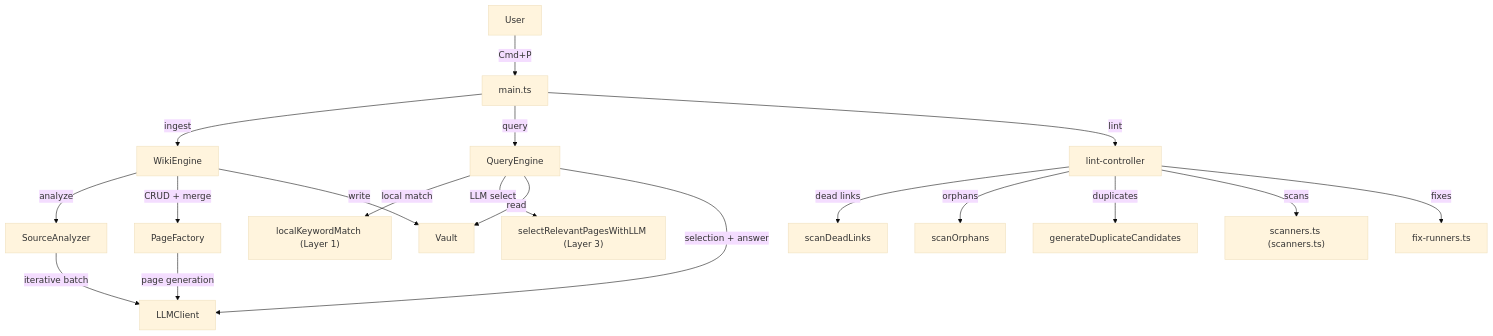
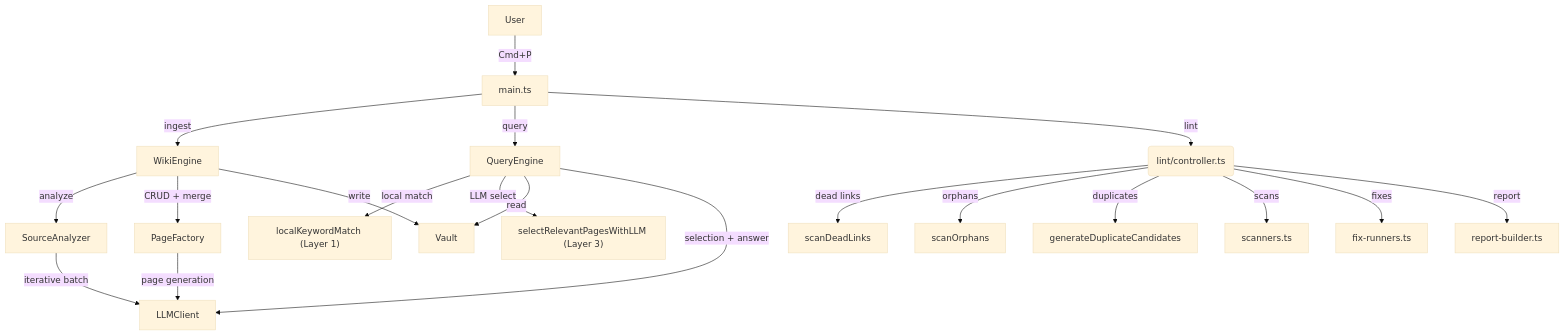
The diagram in CONTRIBUTING.md (artemn0va/obsidian-llm-wiki), drawn with Mermaid (base theme) before and after one commit. The commit also changed other lines of this file and 14 other files, not shown here.

````diff
--- a/CONTRIBUTING.md
+++ b/CONTRIBUTING.md
@@ -118,25 +127,26 @@
 ```mermaid
 graph TD
     User -->|Cmd+P| main.ts
     main.ts -->|ingest| WikiEngine
     main.ts -->|query| QueryEngine
-    main.ts -->|lint| lint-controller
+    main.ts -->|lint| lint("lint/controller.ts")
 
     WikiEngine -->|analyze| SourceAnalyzer
     WikiEngine -->|CRUD + merge| PageFactory
     WikiEngine -->|write| Vault
 
     QueryEngine -->|local match| localKeywordMatch["localKeywordMatch (Layer 1)"]
     QueryEngine -->|LLM select| selectRelevantPagesWithLLM["selectRelevantPagesWithLLM (Layer 3)"]
     QueryEngine -->|read| Vault
 
-    lint-controller -->|dead links| scanDeadLinks
-    lint-controller -->|orphans| scanOrphans
-    lint-controller -->|duplicates| generateDuplicateCandidates
-    lint-controller -->|scans| scanners["scanners.ts (scanners.ts)"]
-    lint-controller -->|fixes| fix-runners["fix-runners.ts"]
+    lint("lint/controller.ts") -->|dead links| scanDeadLinks
+    lint("lint/controller.ts") -->|orphans| scanOrphans
+    lint("lint/controller.ts") -->|duplicates| generateDuplicateCandidates
+    lint("lint/controller.ts") -->|scans| scanners["scanners.ts"]
+    lint("lint/controller.ts") -->|fixes| fix-runners["fix-runners.ts"]
+    lint("lint/controller.ts") -->|report| report-builder["report-builder.ts"]
 
     SourceAnalyzer -->|iterative batch| LLMClient
     PageFactory -->|page generation| LLMClient
     QueryEngine -->|selection + answer| LLMClient
 ```
````
